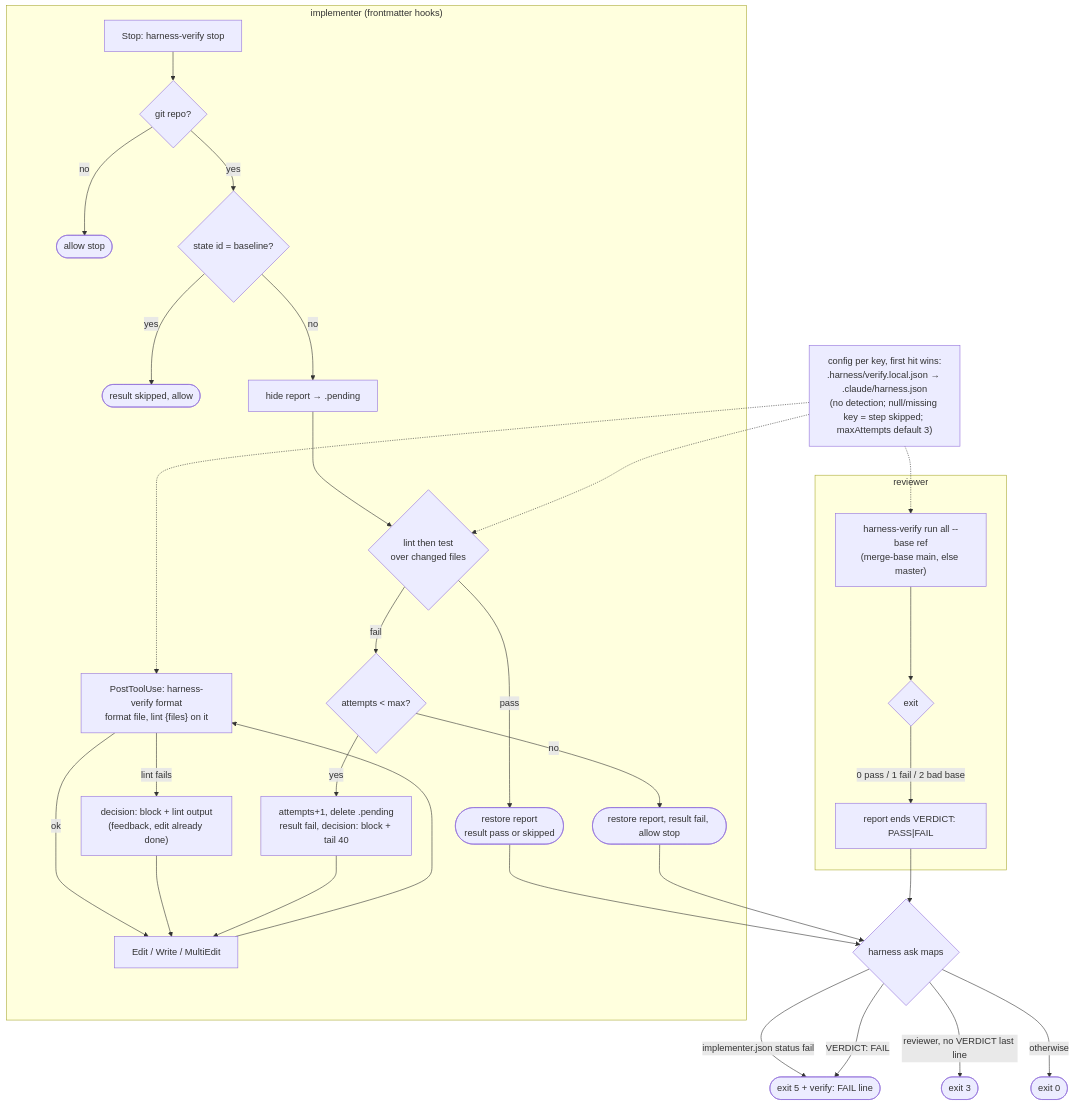
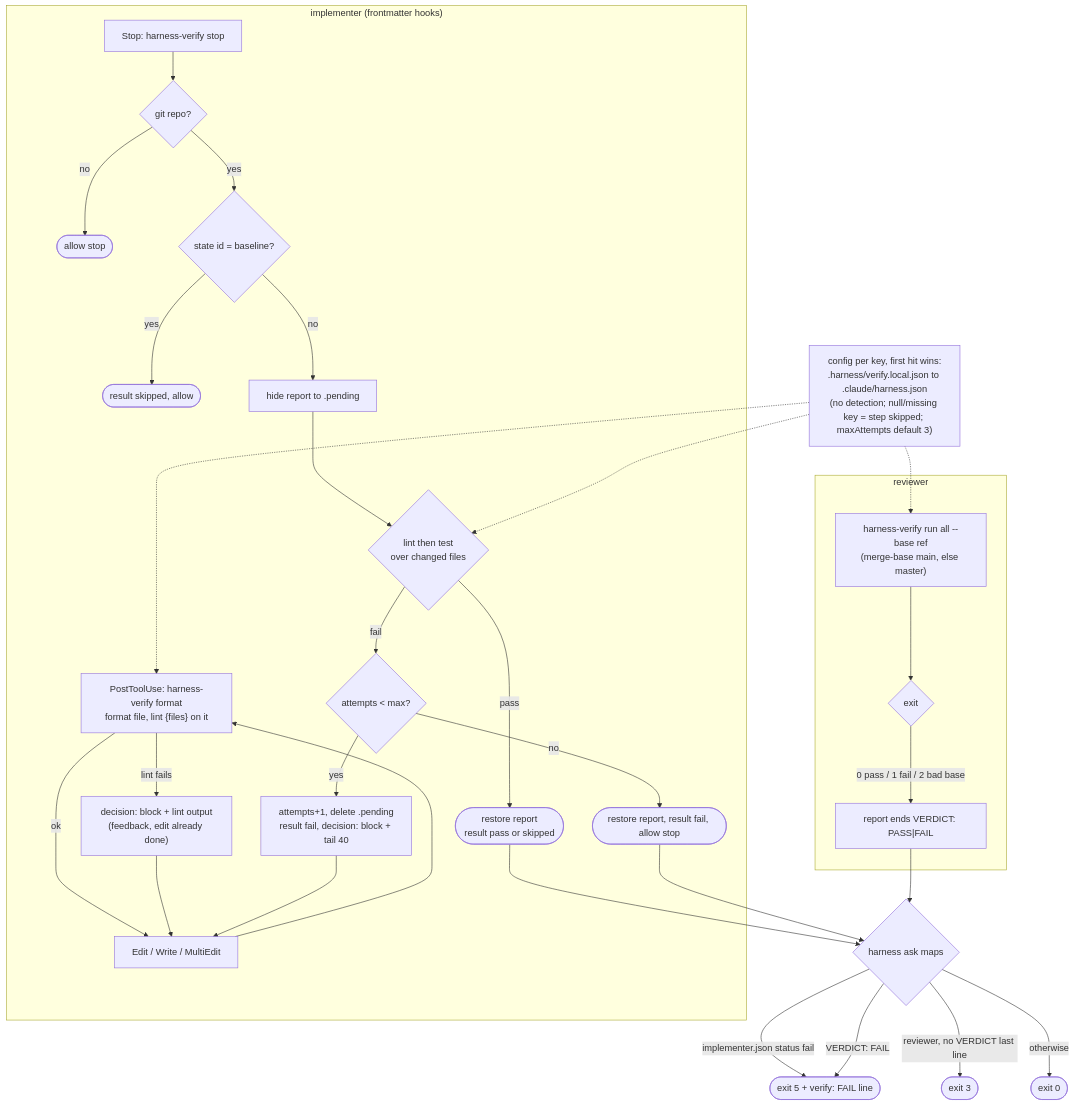
The diagram in docs/diagrams/05-verification-loop.mmd (geonhos/claude-code-setup), drawn with Mermaid before and after one commit. The commit also changed 31 other files, not shown here.

```diff
--- a/docs/diagrams/05-verification-loop.mmd
+++ b/docs/diagrams/05-verification-loop.mmd
@@ -1,29 +1,29 @@
 flowchart TD
-  CFG["config per key, first hit wins:<br/>.harness/verify.local.json → .claude/harness.json<br/>(no detection; null/missing key = step skipped; maxAttempts default 3)"]
+  CFG["config per key, first hit wins:<br/>.harness/verify.local.json to .claude/harness.json<br/>(no detection; null/missing key = step skipped; maxAttempts default 3)"]
   subgraph impl["implementer (frontmatter hooks)"]
     E["Edit / Write / MultiEdit"] --> PT["PostToolUse: harness-verify format<br/>format file, lint {files} on it"]
     PT -- "lint fails" --> FB["decision: block + lint output<br/>(feedback, edit already done)"]
     PT -- ok --> E
     FB --> E
     ST["Stop: harness-verify stop"] --> NG{"git repo?"}
     NG -- no --> PASS0([allow stop])
     NG -- yes --> SAME{"state id = baseline?"}
     SAME -- yes --> SK(["result skipped, allow"])
-    SAME -- no --> HIDE["hide report → .pending"] --> LT{"lint then test<br/>over changed files"}
+    SAME -- no --> HIDE["hide report to .pending"] --> LT{"lint then test<br/>over changed files"}
     LT -- pass --> OKR(["restore report<br/>result pass or skipped"])
     LT -- fail --> CAP{"attempts &lt; max?"}
     CAP -- yes --> BLK["attempts+1, delete .pending<br/>result fail, decision: block + tail 40"]
     BLK --> E
     CAP -- no --> GIVE(["restore report, result fail, allow stop"])
   end
   subgraph rev["reviewer"]
     RR["harness-verify run all --base ref<br/>(merge-base main, else master)"] --> RX{"exit"}
     RX -- "0 pass / 1 fail / 2 bad base" --> VD["report ends VERDICT: PASS|FAIL"]
   end
   CFG -.-> PT & LT & RR
   OKR & GIVE --> MAP{"harness ask maps"}
   VD --> MAP
   MAP -- "implementer.json status fail" --> X5([exit 5 + verify: FAIL line])
   MAP -- "VERDICT: FAIL" --> X5
   MAP -- "reviewer, no VERDICT last line" --> X3([exit 3])
   MAP -- otherwise --> X0([exit 0])
```
